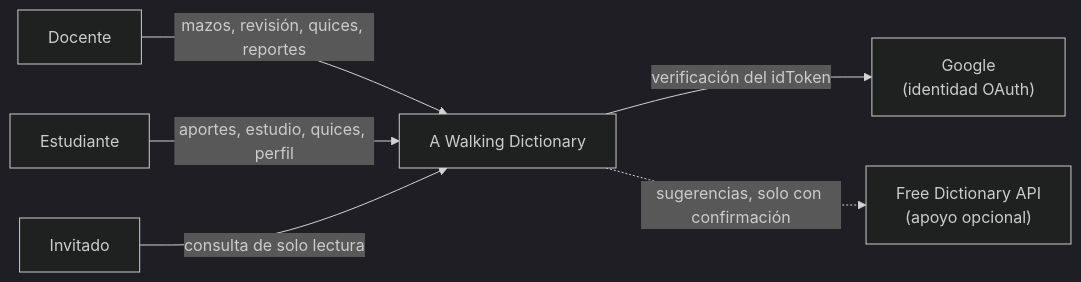
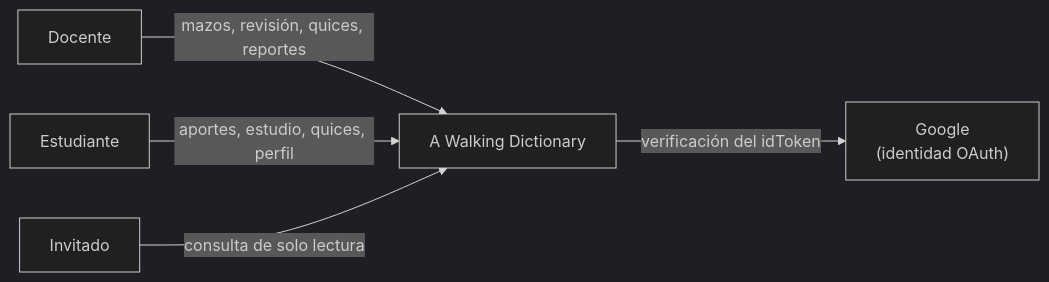
The first of 2 diagrams in docs/arquitectura/arc42/03-contexto-y-alcance.md (wsernam/A-Walking-Dictionary-NovaCode-Back-end), drawn with Mermaid (dark theme) before and after one commit. The commit also changed other lines of this file and 7 other files, not shown here.

````diff
--- a/docs/arquitectura/arc42/03-contexto-y-alcance.md
+++ b/docs/arquitectura/arc42/03-contexto-y-alcance.md
@@ -5,15 +5,14 @@
 ```mermaid
 flowchart LR
   D["Docente"]
   E["Estudiante"]
   I["Invitado"]
   G["Google<br/>(identidad OAuth)"]
-  F["Free Dictionary API<br/>(apoyo opcional)"]
   S["A Walking Dictionary"]
 
   D -->|"mazos, revisión, quices, reportes"| S
   E -->|"aportes, estudio, quices, perfil"| S
   I -->|"consulta de solo lectura"| S
   S -->|"verificación del idToken"| G
-  S -.->|"sugerencias, solo con confirmación"| F
+  
 ```
````
